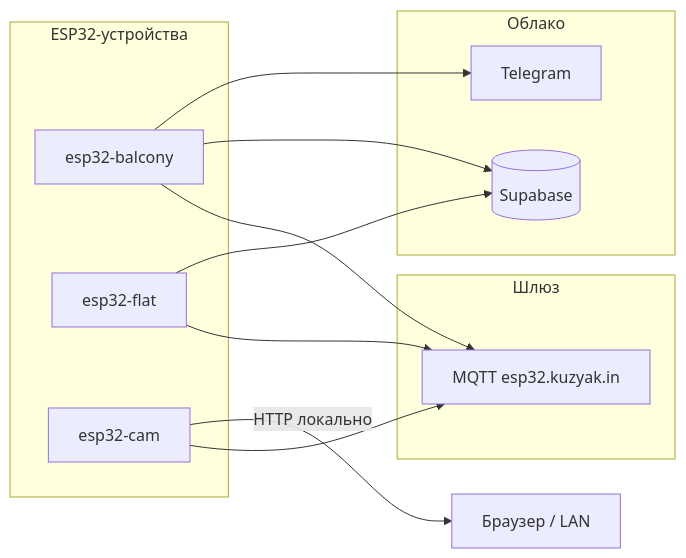
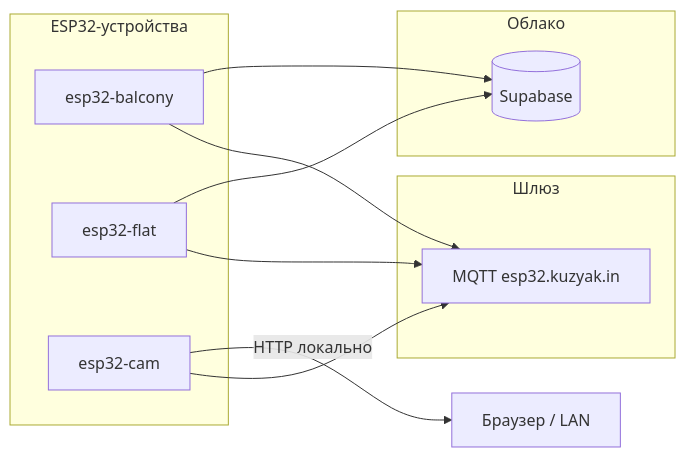
Before and after one commit to iposho/arduino: the diagram in README.md, drawn with Mermaid. The commit also changed other lines of this file and 2 other files, not shown here.

First line of the commit message:
refactor(balcony): убрать Telegram и улучшить RGB-индикацию

````diff
--- a/README.md
+++ b/README.md
@@ -9,25 +9,23 @@
 ```mermaid
 flowchart LR
   subgraph devices [ESP32-устройства]
     B[esp32-balcony]
     F[esp32-flat]
     C[esp32-cam]
   end
 
   subgraph hub [Шлюз]
   M[MQTT esp32.kuzyak.in]
   end
 
   subgraph cloud [Облако]
   S[(Supabase)]
-  T[Telegram]
   end
 
   B --> M
   F --> M
   C --> M
   B --> S
-  B --> T
   F --> S
   C -->|HTTP локально| U[Браузер / LAN]
 ```
````
